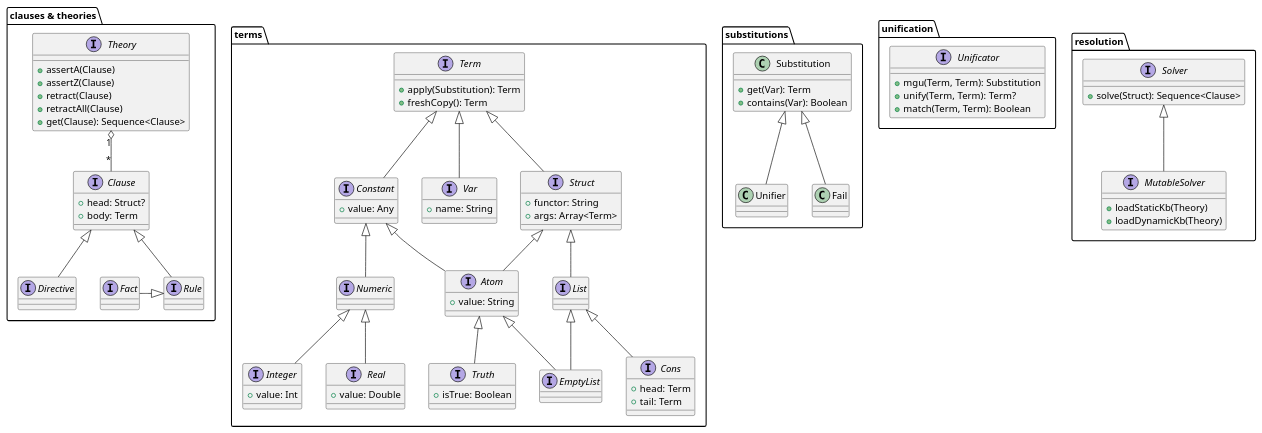
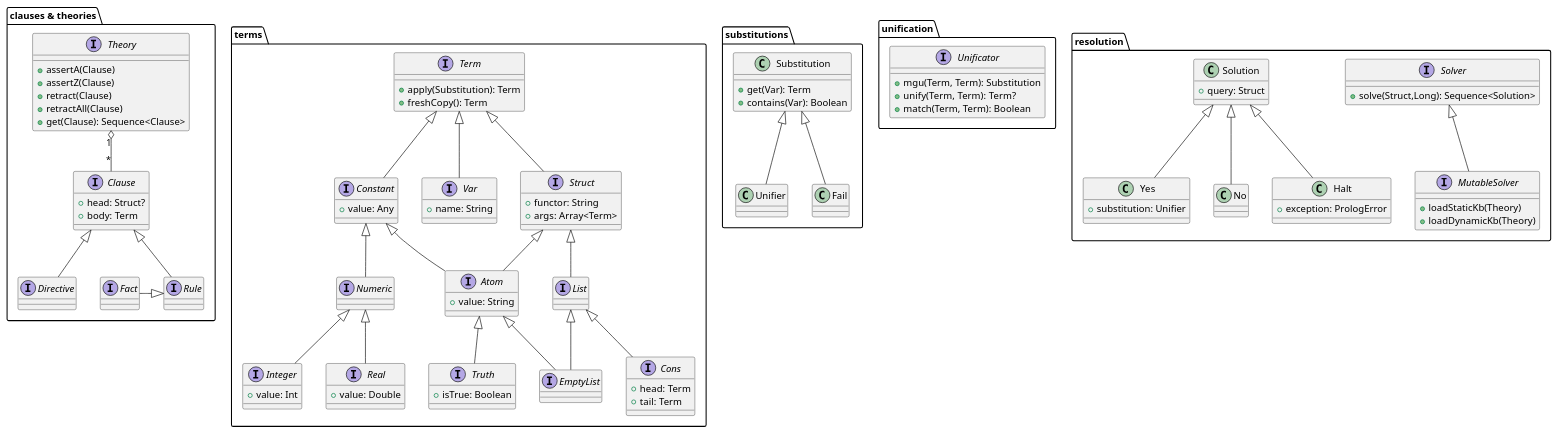
Before and after one commit to gciatto/woa-2020-prolog-dsl-talk: the diagram in img/2p-kt-overview.pu, drawn with PlantUML. The commit also changed 10 other files, not shown here.

```diff
--- a/img/2p-kt-overview.pu
+++ b/img/2p-kt-overview.pu
@@ -1,122 +1,136 @@
 @startuml
 skinparam shadowing false
 
 package terms {
 
     interface Term {
        + apply(Substitution): Term
        + freshCopy(): Term
     }
     interface Constant {
        + value: Any
     }
     interface Var {
        + name: String
     }
     interface Struct {
        + functor: String
        + args: Array<Term>
     }
     interface Numeric
     interface Integer {
        + value: Int
     }
     interface Real {
        + value: Double
     }
     interface Atom {
        + value: String
     }
     interface Truth {
        + isTrue: Boolean
     }
     interface EmptyList
     interface List
     interface Cons {
       + head: Term
       + tail: Term
     }
 
     Term <|-down- Struct
     Term <|-down- Constant
     Term <|-down- Var
 
     Constant <|-down- Numeric
     Constant <|-down- Atom
 
     Numeric <|-down- Real
     Numeric <|-down- Integer
 
     Struct <|-down- Atom
     Struct <|-down- List
 
     Atom <|-down- Truth
     Atom <|-- EmptyList
 
     List <|-down- EmptyList
     List <|-down- Cons
 
 }
 
 package substitutions {
 
     class Substitution{
         + get(Var): Term
         + contains(Var): Boolean
     }
 
     Substitution <|-- Unifier 
     Substitution <|-- Fail
 
 }
 
 package unification {
 
     interface Unificator {
         + mgu(Term, Term): Substitution
         + unify(Term, Term): Term?
         + match(Term, Term): Boolean
     }
 
 }
 
 package "clauses & theories" {
 
     interface Clause {
        + head: Struct?
        + body: Term
     }
     interface Rule
     interface Directive
     interface Fact
     Clause <|-down- Rule
     Clause <|-down- Directive
     Rule <|-left- Fact
     
     interface Theory {
         + assertA(Clause)
         + assertZ(Clause)
         + retract(Clause)
         + retractAll(Clause)
         + get(Clause): Sequence<Clause>
     }
 
     Theory "1" o-- "*" Clause
 
 }
 
 package resolution {
 
     interface Solver {
-        + solve(Struct): Sequence<Clause> 
+        + solve(Struct,Long): Sequence<Solution> 
     }
     
     interface MutableSolver {
         + loadStaticKb(Theory)
         + loadDynamicKb(Theory)
     }
     
     Solver <|-- MutableSolver
 
+    class Solution {
+        + query: Struct
+    }
+    class Yes {
+        + substitution: Unifier
+    }
+    class No
+    class Halt {
+        + exception: PrologError
+    }
+
+    Solution <|-- Yes
+    Solution <|-- No
+    Solution <|-- Halt
 }
 @enduml
```
